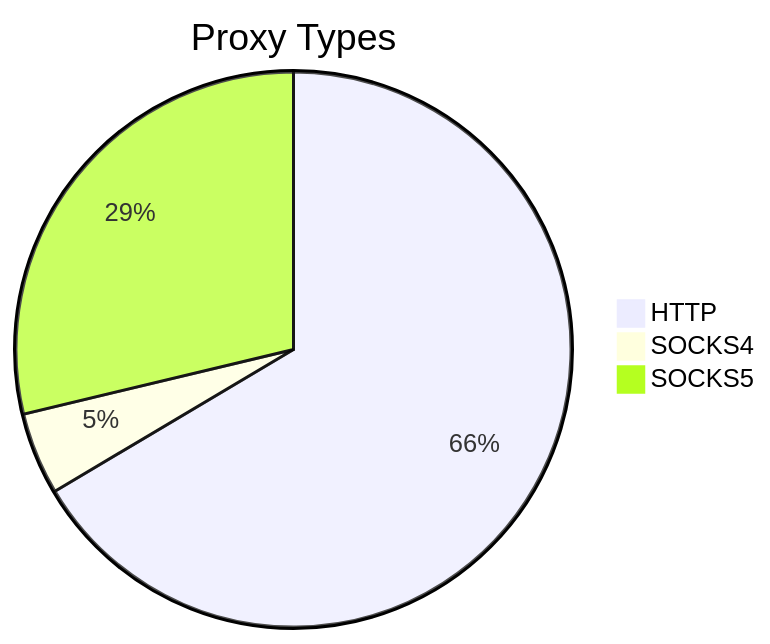
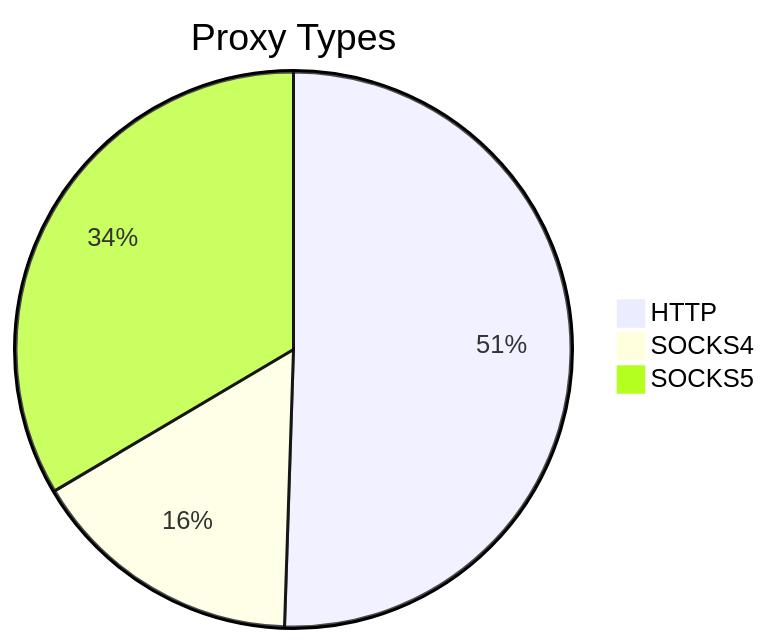
Before and after one commit to stormsia/proxy-list: the first of 2 diagrams in README.md, drawn with Mermaid. The commit also changed other lines of this file, not shown here.

````diff
--- a/README.md
+++ b/README.md
@@ -21,6 +21,6 @@
 ```mermaid
 pie title Proxy Types
-    "HTTP" : 111
-    "SOCKS4" : 8
-    "SOCKS5" : 48
+    "HTTP" : 98
+    "SOCKS4" : 31
+    "SOCKS5" : 65
 ```
````
